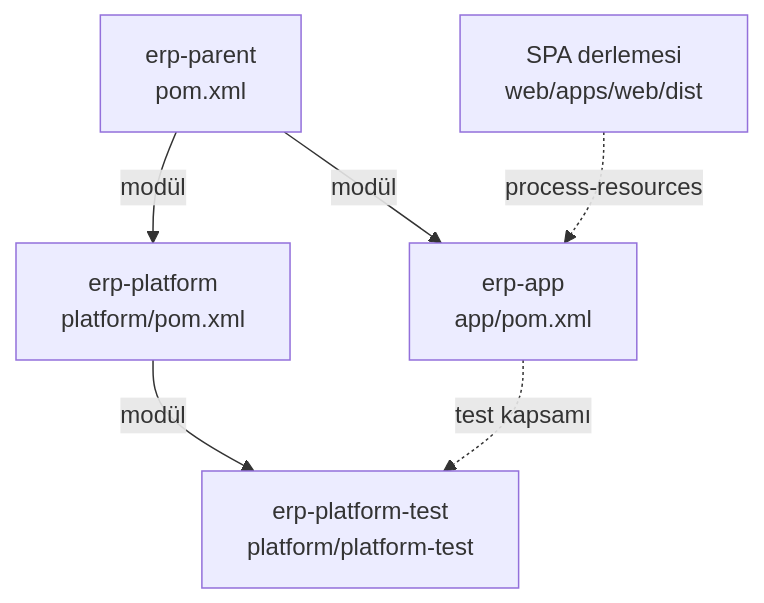
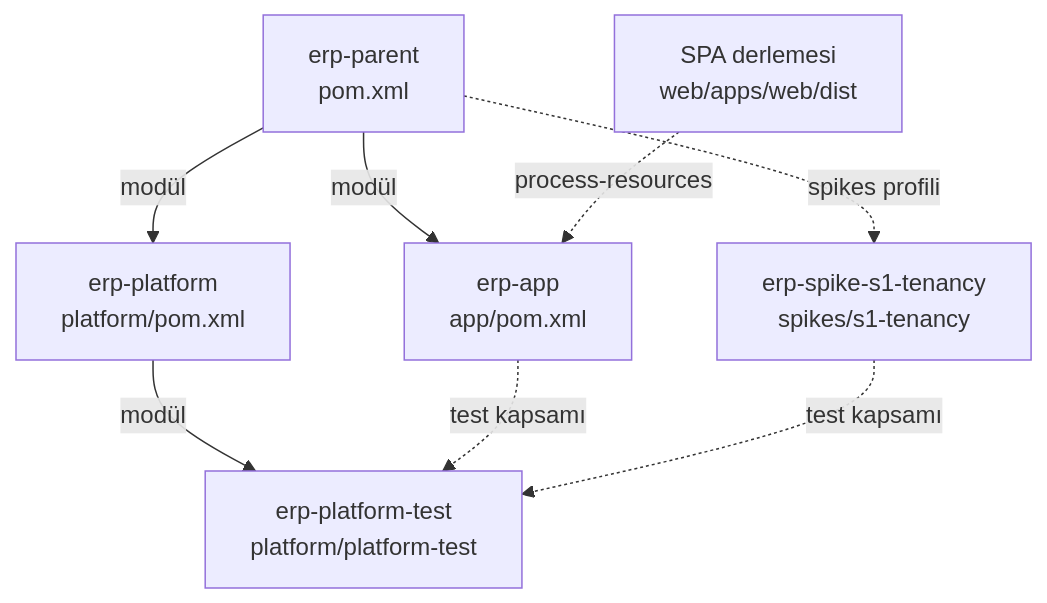
One commit to hamzapamuk23/erp-v4 changed the third of 10 diagrams in docs/guides/gelistirici-kilavuzu.md. Above: the diagram before and after it, drawn with Mermaid. The commit also changed other lines of this file, not shown here.

````diff
--- a/docs/guides/gelistirici-kilavuzu.md
+++ b/docs/guides/gelistirici-kilavuzu.md
@@ -162,8 +205,10 @@
 ```mermaid
 flowchart TD
 P[erp-parent<br>pom.xml] -->|modül| PL[erp-platform<br>platform/pom.xml]
 P -->|modül| APP[erp-app<br>app/pom.xml]
 PL -->|modül| PT[erp-platform-test<br>platform/platform-test]
 APP -.->|test kapsamı| PT
 DIST[SPA derlemesi<br>web/apps/web/dist] -.->|process-resources| APP
+P -.->|spikes profili| SP[erp-spike-s1-tenancy<br>spikes/s1-tenancy]
+SP -.->|test kapsamı| PT
 ```
````
